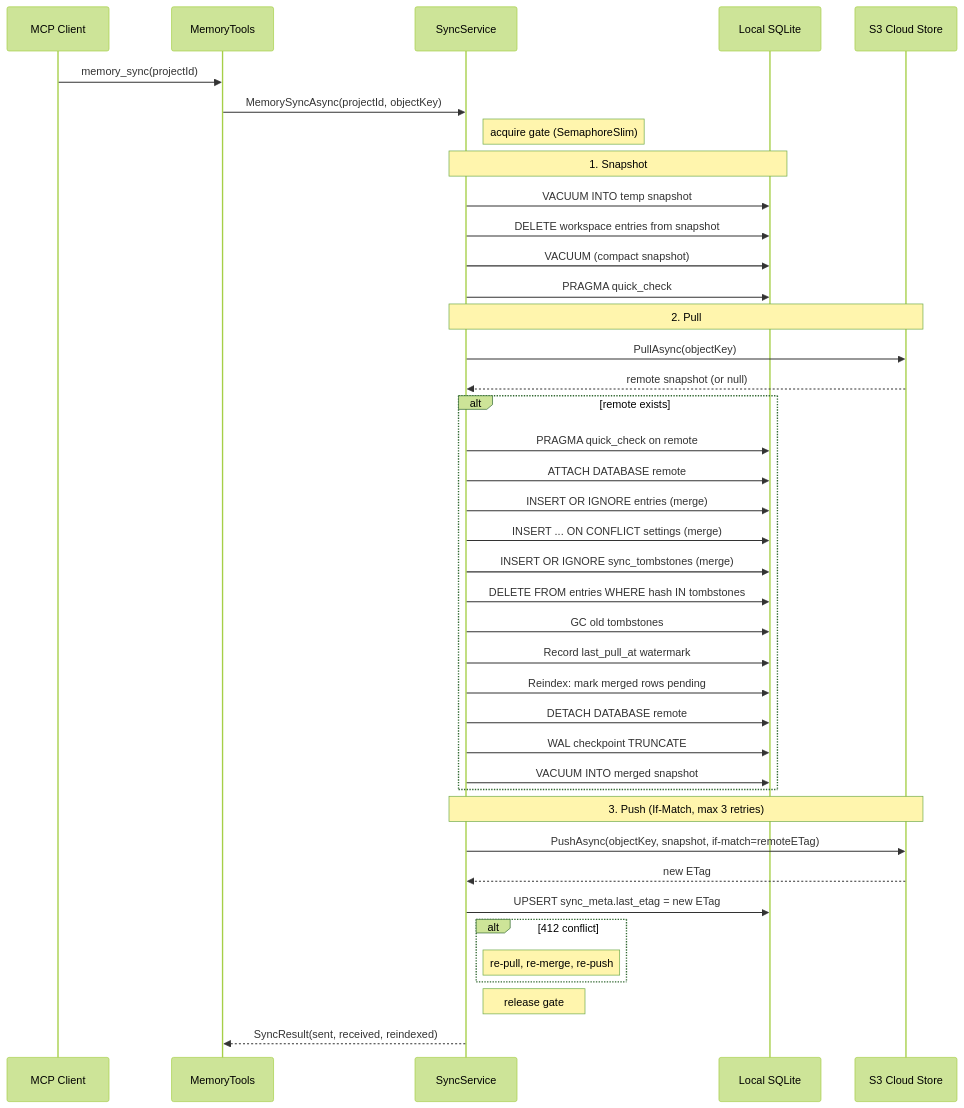
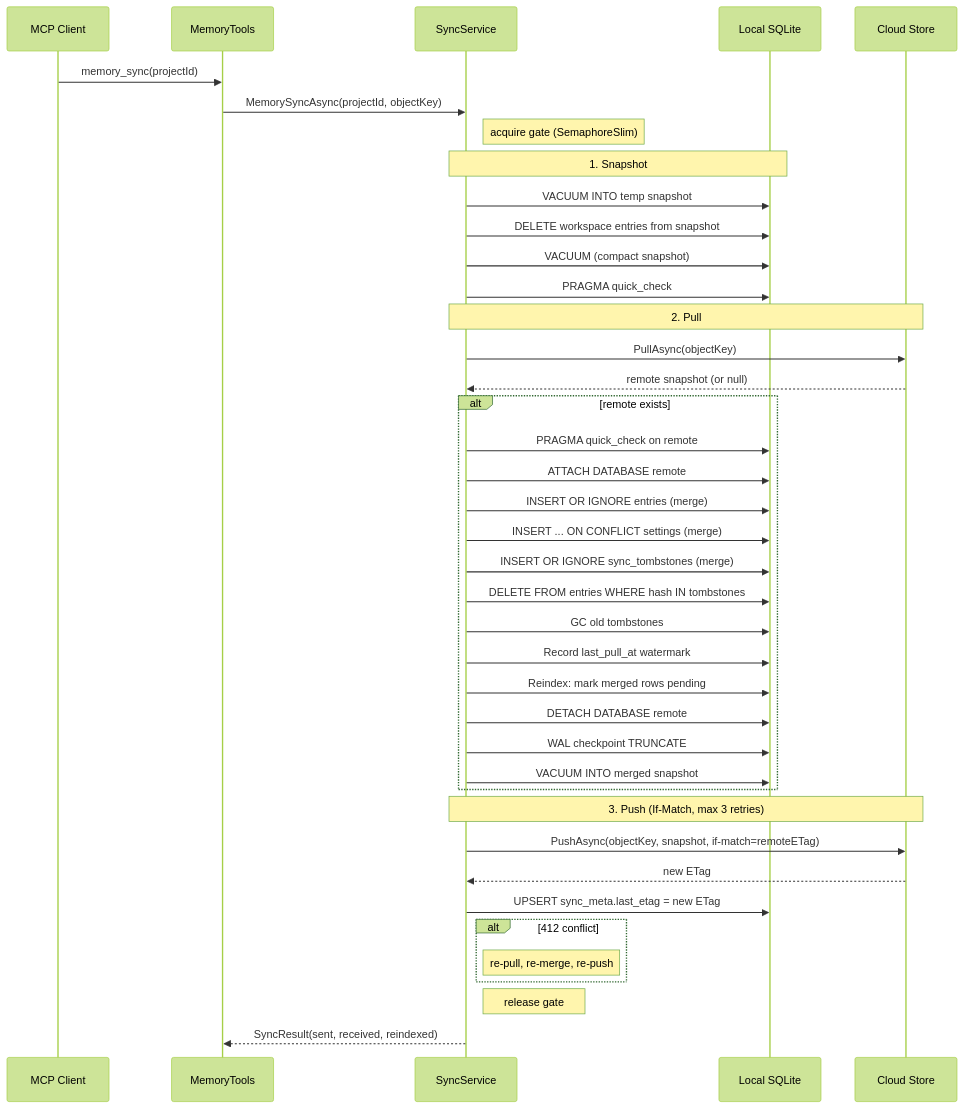
Before and after one commit to Arasz/ai-raccoon: the fourth of 6 diagrams in docs/explanation/architecture.md, drawn with Mermaid (forest theme). The commit also changed other lines of this file and 5 other files, not shown here.

````diff
--- a/docs/explanation/architecture.md
+++ b/docs/explanation/architecture.md
@@ -261,47 +262,47 @@
 ```mermaid
 sequenceDiagram
     participant C as MCP Client
     participant T as MemoryTools
     participant S as SyncService
     participant L as Local SQLite
-    participant R as S3 Cloud Store
+    participant R as Cloud Store
 
     C->>T: memory_sync(projectId)
     T->>S: MemorySyncAsync(projectId, objectKey)
     Note right of S: acquire gate (SemaphoreSlim)
 
     Note over S,L: 1. Snapshot
     S->>L: VACUUM INTO temp snapshot
     S->>L: DELETE workspace entries from snapshot
     S->>L: VACUUM (compact snapshot)
     S->>L: PRAGMA quick_check
 
     Note over S,R: 2. Pull
     S->>R: PullAsync(objectKey)
     R-->>S: remote snapshot (or null)
     alt remote exists
         S->>L: PRAGMA quick_check on remote
         S->>L: ATTACH DATABASE remote
         S->>L: INSERT OR IGNORE entries (merge)
         S->>L: INSERT ... ON CONFLICT settings (merge)
         S->>L: INSERT OR IGNORE sync_tombstones (merge)
         S->>L: DELETE FROM entries WHERE hash IN tombstones
         S->>L: GC old tombstones
         S->>L: Record last_pull_at watermark
         S->>L: Reindex: mark merged rows pending
         S->>L: DETACH DATABASE remote
         S->>L: WAL checkpoint TRUNCATE
         S->>L: VACUUM INTO merged snapshot
     end
 
     Note over S,R: 3. Push (If-Match, max 3 retries)
     S->>R: PushAsync(objectKey, snapshot, if-match=remoteETag)
     R-->>S: new ETag
     S->>L: UPSERT sync_meta.last_etag = new ETag
     alt 412 conflict
         Note right of S: re-pull, re-merge, re-push
     end
 
     Note right of S: release gate
     S-->>T: SyncResult(sent, received, reindexed)
 ```
````
